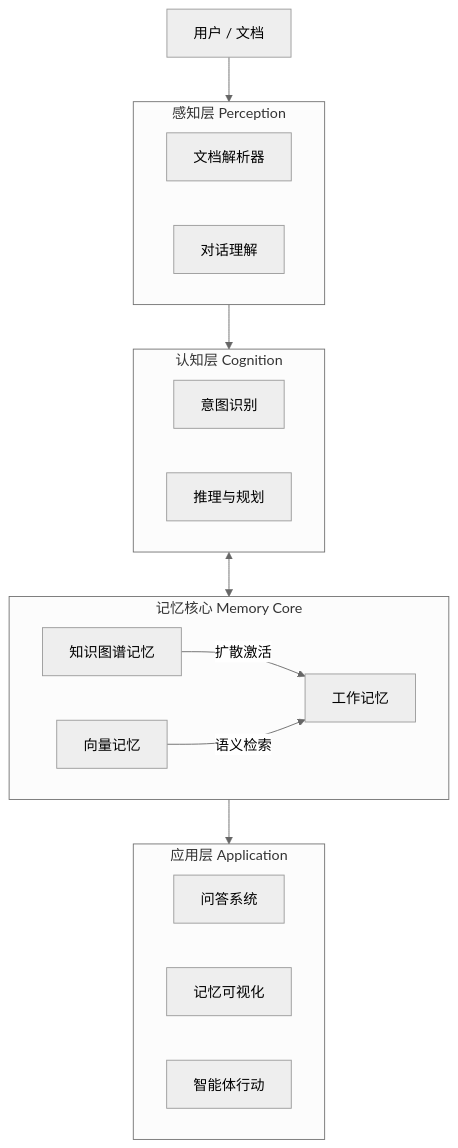
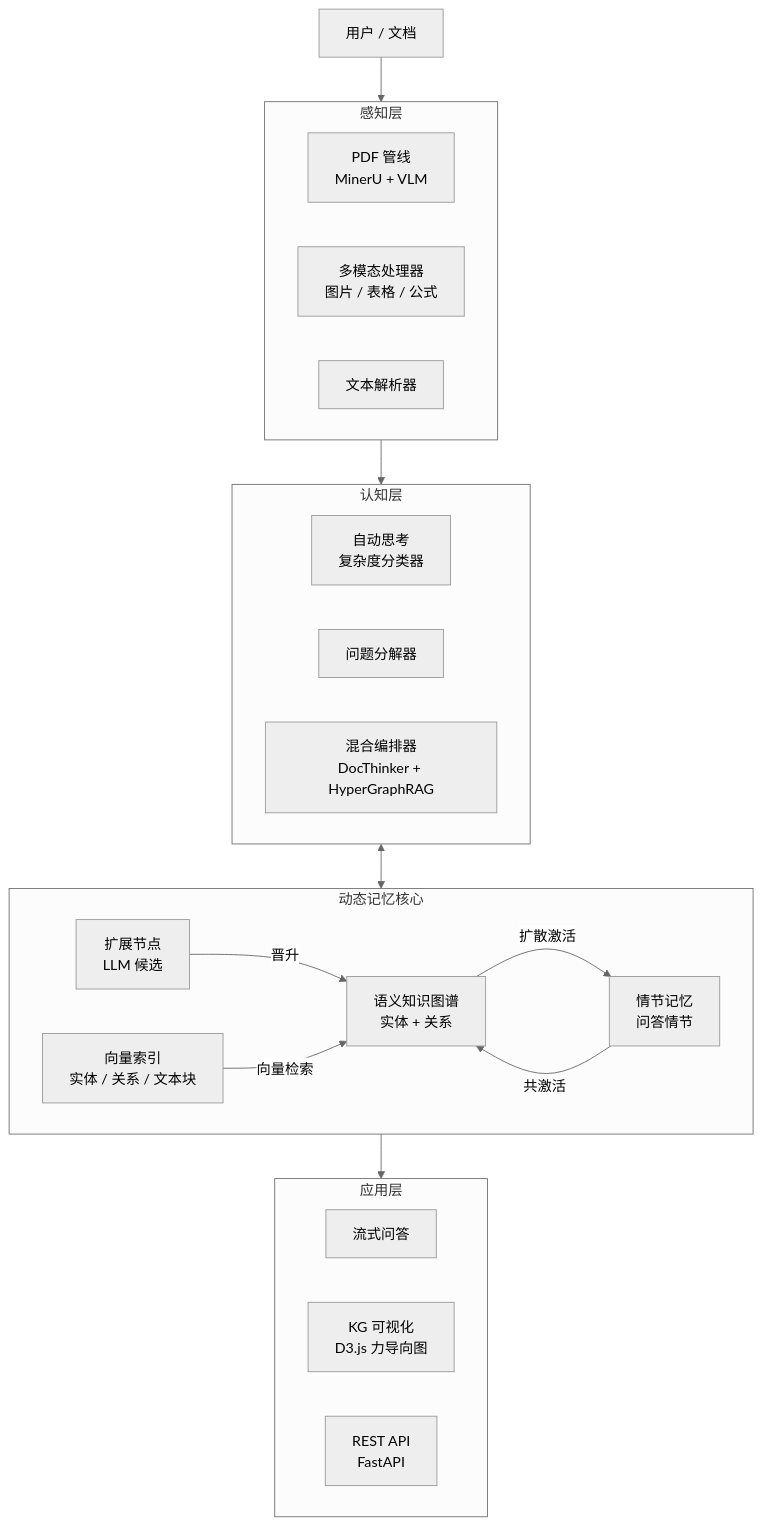
The second of 2 diagrams in README.md (Yang-Jiashu/doc-thinker), drawn with Mermaid (neutral theme) before and after one commit. The commit also changed other lines of this file, not shown here.

````diff
--- a/README.md
+++ b/README.md
@@ -408,31 +471,36 @@
 ```mermaid
 graph TD
     User[用户 / 文档] --> Perception
-    subgraph Perception [感知层 Perception]
-        Doc[文档解析器]
-        Chat[对话理解]
+    subgraph Perception [感知层]
+        PDF[PDF 管线<br/>MinerU + VLM]
+        MM[多模态处理器<br/>图片 / 表格 / 公式]
+        TXT[文本解析器]
     end
-    
+
     Perception --> Cognition
-    subgraph Cognition [认知层 Cognition]
-        Intent[意图识别]
-        Reason[推理与规划]
+    subgraph Cognition [认知层]
+        AC[自动思考<br/>复杂度分类器]
+        QD[问题分解器]
+        HO[混合编排器<br/>DocThinker + HyperGraphRAG]
     end
-    
+
     Cognition <--> Memory
-    subgraph Memory [记忆核心 Memory Core]
-        WM[工作记忆]
-        KG[知识图谱记忆]
-        Vector[向量记忆]
-        
-        KG -- 扩散激活 --> WM
-        Vector -- 语义检索 --> WM
+    subgraph Memory [动态记忆核心]
+        KG[语义知识图谱<br/>实体 + 关系]
+        EM[情节记忆<br/>问答情节]
+        EX[扩展节点<br/>LLM 候选]
+        VDB[向量索引<br/>实体 / 关系 / 文本块]
+
+        KG -- 扩散激活 --> EM
+        EM -- 共激活 --> KG
+        EX -- 晋升 --> KG
+        VDB -- 向量检索 --> KG
     end
-    
+
     Memory --> Application
-    subgraph Application [应用层 Application]
-        QA[问答系统]
-        Vis[记忆可视化]
-        Agent[智能体行动]
+    subgraph Application [应用层]
+        QA[流式问答]
+        VIS[KG 可视化<br/>D3.js 力导向图]
+        API[REST API<br/>FastAPI]
     end
 ```
````
